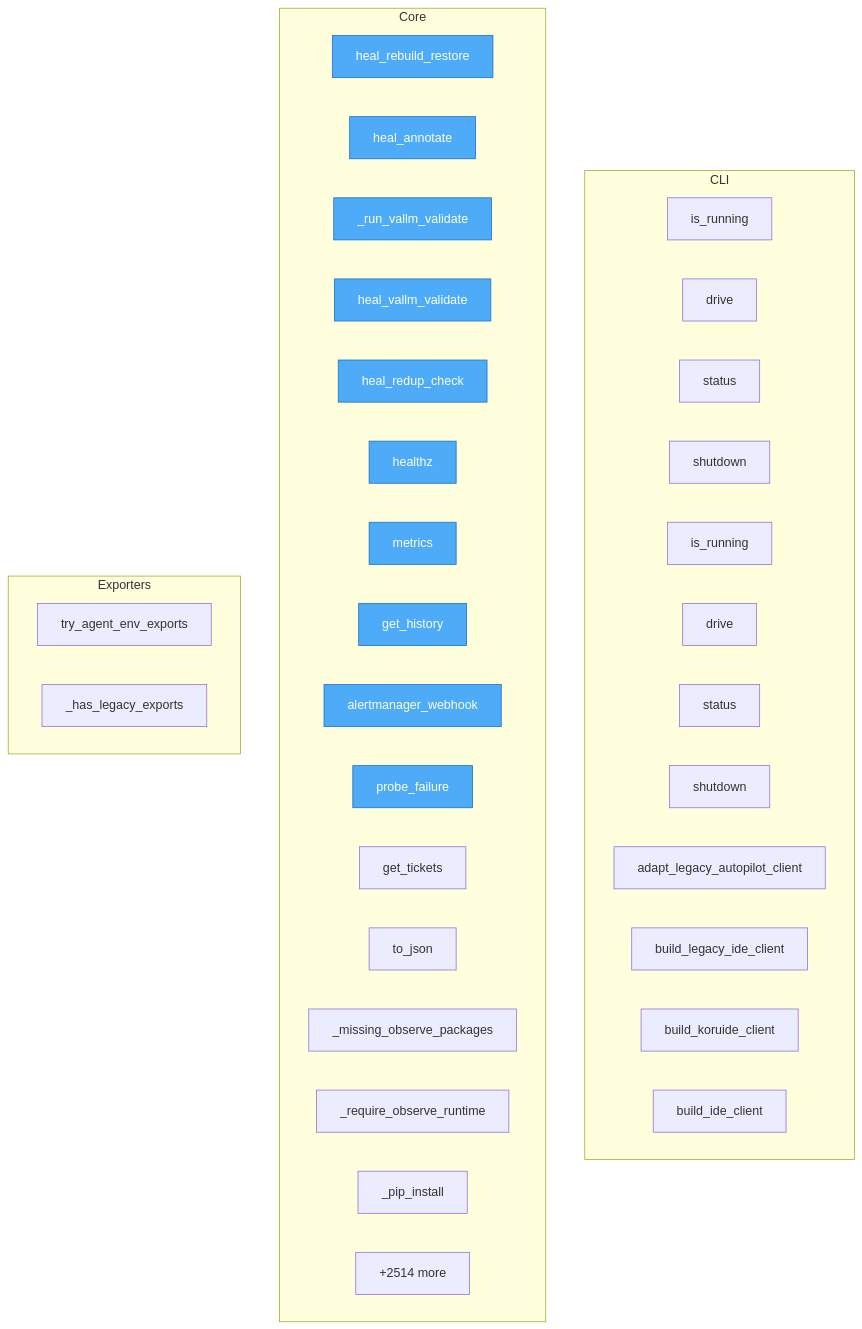
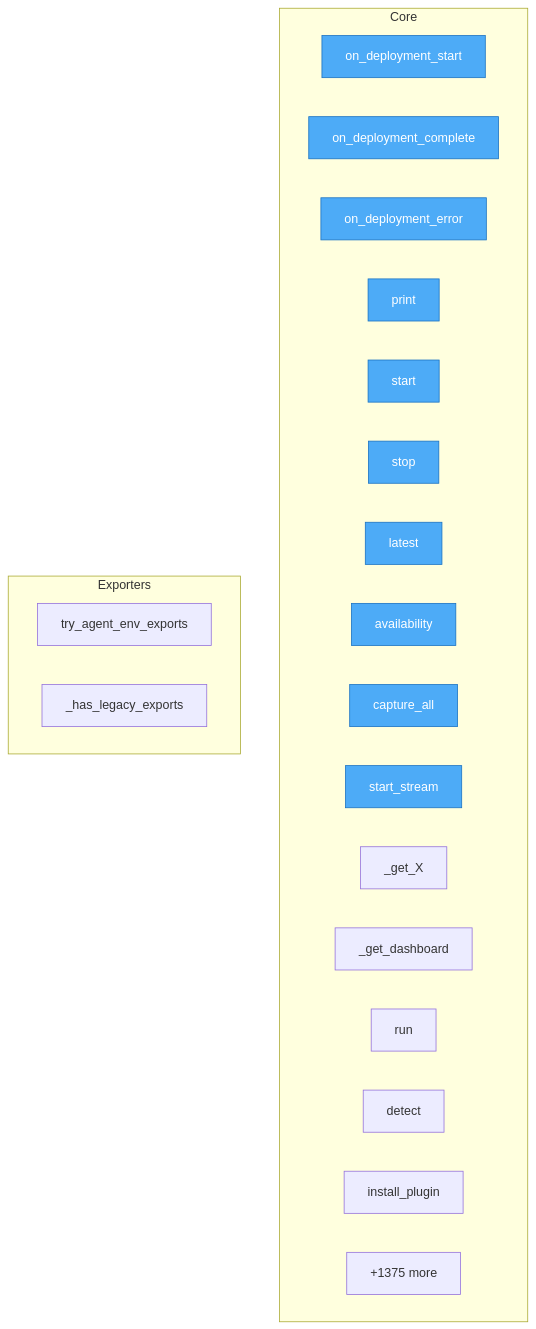
Before and after one commit to semcod/koru: the diagram in project/flow.mmd, drawn with Mermaid. The commit also changed 109 other files, not shown here.

```diff
--- a/project/flow.mmd
+++ b/project/flow.mmd
@@ -1,46 +1,31 @@
 flowchart TD
-%% generated in 0.16s
+%% generated in 0.14s
 
     %% Entry points (blue)
     classDef entry fill:#4dabf7,stroke:#1971c2,color:#fff
 
-    subgraph CLI
-        koru__ide_client__IDEControlClient__is_running["is_running"]
-        koru__ide_client__IDEControlClient__drive["drive"]
-        koru__ide_client__IDEControlClient__status["status"]
-        koru__ide_client__IDEControlClient__shutdown["shutdown"]
-        koru__ide_client__LegacyAutopilotClientAdapter__is_running["is_running"]
-        koru__ide_client__LegacyAutopilotClientAdapter__drive["drive"]
-        koru__ide_client__LegacyAutopilotClientAdapter__status["status"]
-        koru__ide_client__LegacyAutopilotClientAdapter__shutdown["shutdown"]
-        koru__ide_client__adapt_legacy_autopilot_client["adapt_legacy_autopilot_client"]
-        koru__ide_client__build_legacy_ide_client["build_legacy_ide_client"]
-        koru__ide_client__build_koruide_client["build_koruide_client"]
-        koru__ide_client__build_ide_client["build_ide_client"]
-    end
-
     subgraph Core
-        services__healing_webhook__app__heal_rebuild_restore["heal_rebuild_restore"]
-        services__healing_webhook__app__heal_annotate["heal_annotate"]
-        services__healing_webhook__app___run_vallm_validate["_run_vallm_validate"]
-        services__healing_webhook__app__heal_vallm_validate["heal_vallm_validate"]
-        services__healing_webhook__app__heal_redup_check["heal_redup_check"]
-        services__healing_webhook__app__healthz["healthz"]
-        services__healing_webhook__app__metrics["metrics"]
-        services__healing_webhook__app__get_history["get_history"]
-        services__healing_webhook__app__alertmanager_webhook["alertmanager_webhook"]
-        services__healing_webhook__app__probe_failure["probe_failure"]
-        services__healing_webhook__app__get_tickets["get_tickets"]
-        src__koruobserve__lifecycle__ObserveProcesses__to_json["to_json"]
-        src__koruobserve__cli___missing_observe_packages["_missing_observe_packages"]
-        src__koruobserve__cli___require_observe_runtime["_require_observe_runtime"]
-        src__koruobserve__cli___pip_install["_pip_install"]
-        ...["+2514 more"]
+        docs__deployment_events__on_deployment_start["on_deployment_start"]
+        docs__deployment_events__on_deployment_complete["on_deployment_complete"]
+        docs__deployment_events__on_deployment_error["on_deployment_error"]
+        docs__koru_auto_vs_observe_up__print["print"]
+        docs__plans__observation_mesh_plan__start["start"]
+        docs__plans__observation_mesh_plan__stop["stop"]
+        docs__plans__observation_mesh_plan__latest["latest"]
+        docs__plans__capture_providers_refactor__availability["availability"]
+        docs__plans__capture_providers_refactor__capture_all["capture_all"]
+        docs__plans__capture_providers_refactor__start_stream["start_stream"]
+        docs__refactoring__REFACTORING_PLAN___get_X["_get_X"]
+        docs__refactoring__REFACTORING_PLAN___get_dashboard["_get_dashboard"]
+        docs__refactoring__REFACTORING_PLAN__run["run"]
+        docs__refactor__ide_bridge_2026__detect["detect"]
+        docs__refactor__ide_bridge_2026__install_plugin["install_plugin"]
+        ...["+1375 more"]
     end
 
     subgraph Exporters
         src__koru__agent_cli_helpers__try_agent_env_exports["try_agent_env_exports"]
         src__koru__cli___has_legacy_exports["_has_legacy_exports"]
     end
 
-    class services__healing_webhook__app__heal_rebuild_restore,services__healing_webhook__app__heal_annotate,services__healing_webhook__app___run_vallm_validate,services__healing_webhook__app__heal_vallm_validate,services__healing_webhook__app__heal_redup_check,services__healing_webhook__app__healthz,services__healing_webhook__app__metrics,services__healing_webhook__app__get_history,services__healing_webhook__app__alertmanager_webhook,services__healing_webhook__app__probe_failure entry
+    class docs__deployment_events__on_deployment_start,docs__deployment_events__on_deployment_complete,docs__deployment_events__on_deployment_error,docs__koru_auto_vs_observe_up__print,docs__plans__observation_mesh_plan__start,docs__plans__observation_mesh_plan__stop,docs__plans__observation_mesh_plan__latest,docs__plans__capture_providers_refactor__availability,docs__plans__capture_providers_refactor__capture_all,docs__plans__capture_providers_refactor__start_stream entry
```
